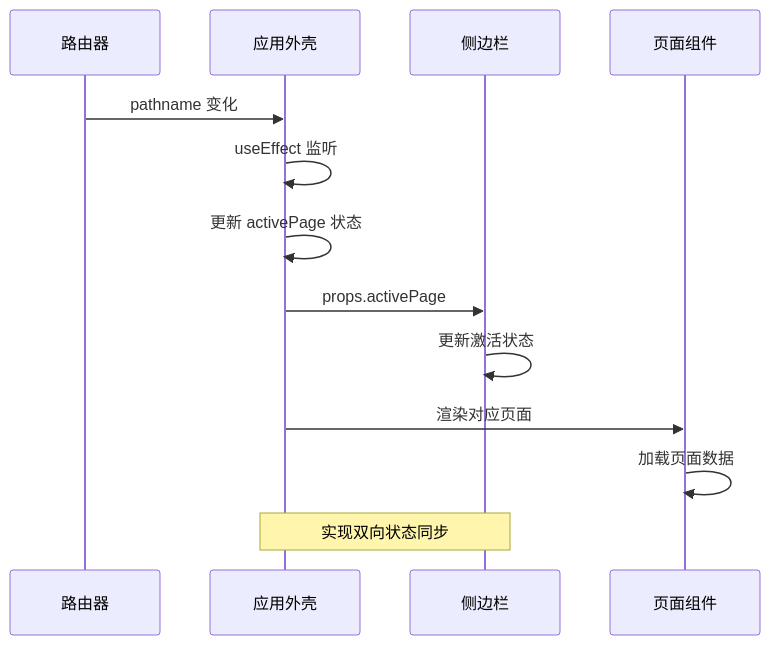
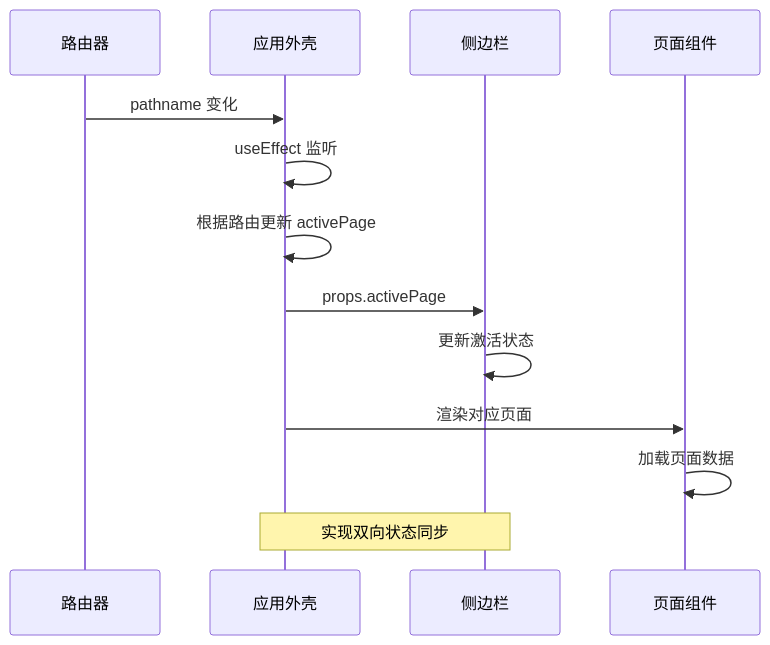
One commit to clawbotai/memo-flow changed the seventh of 11 diagrams in .qoder/repowiki/zh/content/Sidebar Enhancement.md. Above: the diagram before and after it, drawn with Mermaid. The commit also changed other lines of this file and 14 other files, not shown here.

````diff
--- a/.qoder/repowiki/zh/content/Sidebar Enhancement.md
+++ b/.qoder/repowiki/zh/content/Sidebar Enhancement.md
@@ -266,15 +286,15 @@
 ```mermaid
 sequenceDiagram
 participant Router as 路由器
 participant AppShell as 应用外壳
 participant Sidebar as 侧边栏
 participant Page as 页面组件
 Router->>AppShell : pathname 变化
 AppShell->>AppShell : useEffect 监听
-AppShell->>AppShell : 更新 activePage 状态
+AppShell->>AppShell : 根据路由更新 activePage
 AppShell->>Sidebar : props.activePage
 Sidebar->>Sidebar : 更新激活状态
 AppShell->>Page : 渲染对应页面
 Page->>Page : 加载页面数据
 Note over AppShell,Sidebar : 实现双向状态同步
 ```
````
